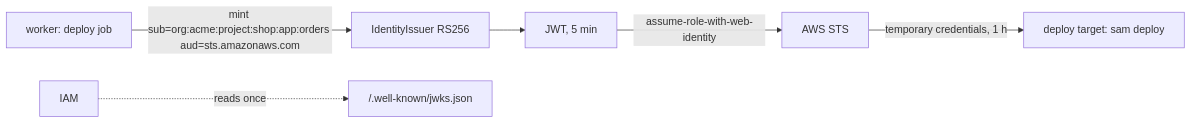
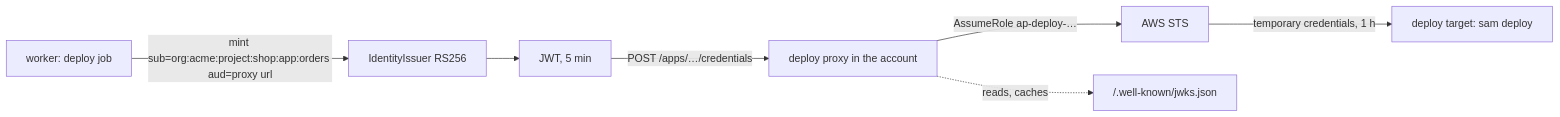
Before and after one commit to actionplatform/action-platform: the first of 2 diagrams in docs/concept_identity.md, drawn with Mermaid. The commit also changed other lines of this file and 8 other files, not shown here.

Commit message:
docs: the platform as it ships — deploy proxy flow, jobs and deploy sequence, contexts, aws/lambda for every web language, /health, one deploy per environment, cloud cleanup on delete

````diff
--- a/docs/concept_identity.md
+++ b/docs/concept_identity.md
@@ -5,8 +5,9 @@
 ```mermaid
 flowchart LR
-    W[worker: deploy job] -->|mint sub=org:acme:project:shop:app:orders aud=sts.amazonaws.com| I[IdentityIssuer RS256]
+    W[worker: deploy job] -->|mint sub=org:acme:project:shop:app:orders aud=proxy url| I[IdentityIssuer RS256]
     I --> T[JWT, 5 min]
-    T -->|assume-role-with-web-identity| STS[AWS STS]
+    T -->|POST /apps/…/credentials| X[deploy proxy in the account]
+    X -->|AssumeRole ap-deploy-…| STS[AWS STS]
     STS -->|temporary credentials, 1 h| P[deploy target: sam deploy]
-    AWS[IAM] -.->|reads once| K["/.well-known/jwks.json"]
+    X -.->|reads, caches| K["/.well-known/jwks.json"]
 ```
````
